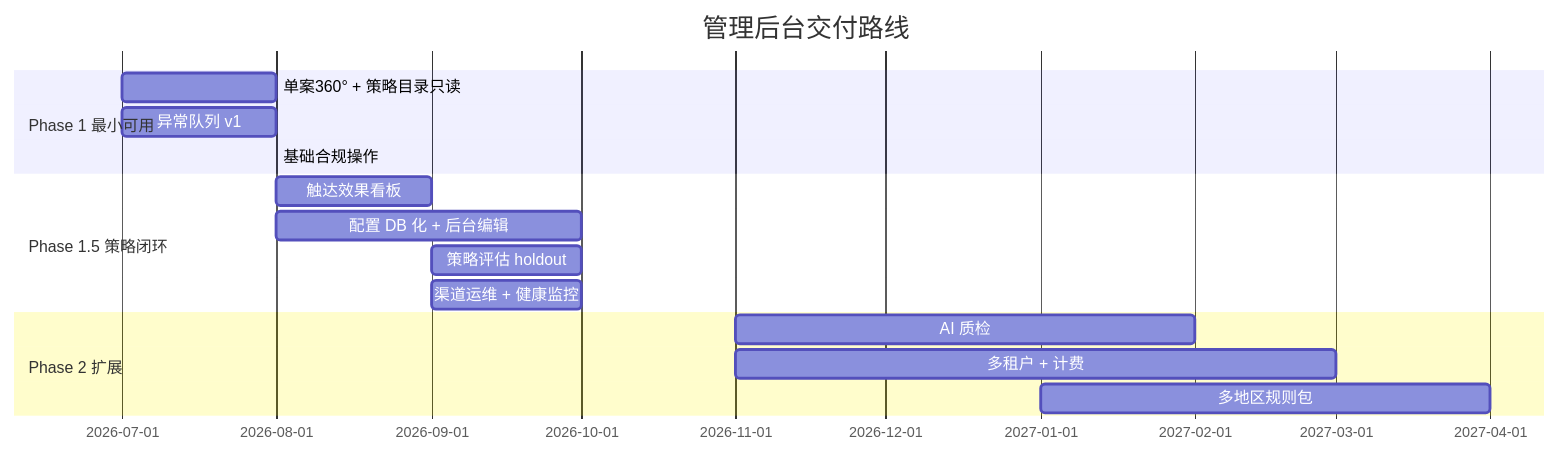
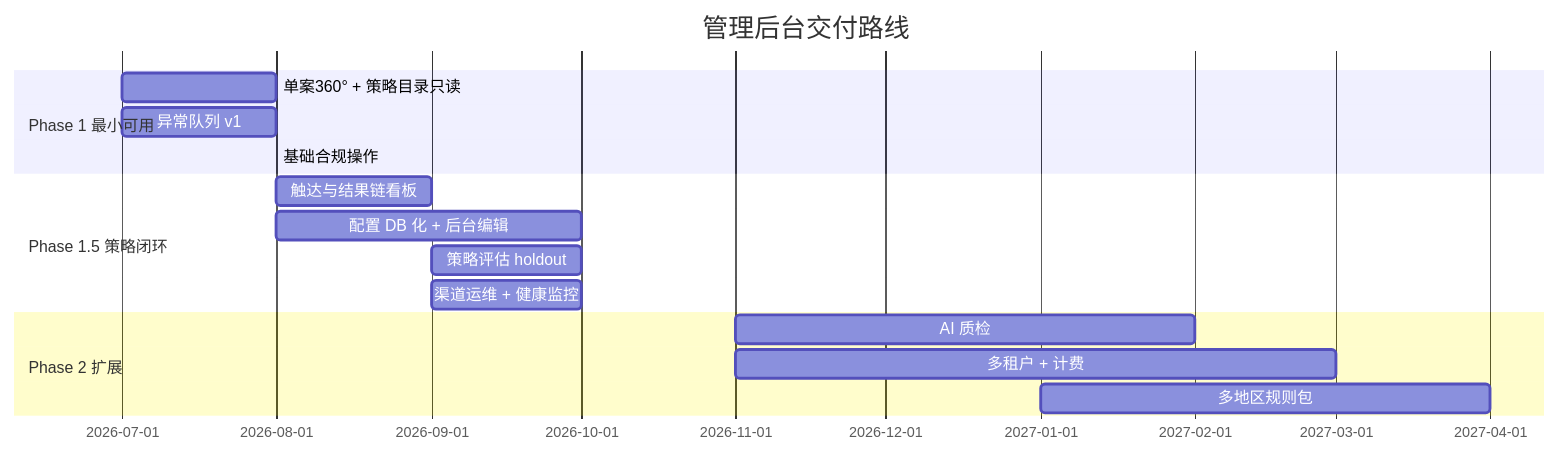
The third of 3 diagrams in docs/MOCASA催收系统升级_Phase1_管理后台设计文档.md (katherineliu2102/Intelligent-Collection-V1), drawn with Mermaid before and after one commit. The commit also changed other lines of this file and 22 other files, not shown here.

````diff
--- a/docs/MOCASA催收系统升级_Phase1_管理后台设计文档.md
+++ b/docs/MOCASA催收系统升级_Phase1_管理后台设计文档.md
@@ -864,18 +922,18 @@
 ```mermaid
 gantt
   title 管理后台交付路线
   dateFormat YYYY-MM
   section Phase 1 最小可用
   单案360° + 策略目录只读     :p1a, 2026-07, 2026-08
   异常队列 v1                :p1b, 2026-07, 2026-08
   基础合规操作               :p1c, 2026-08, 2026-08
   section Phase 1.5 策略闭环
-  触达效果看板               :p15a, 2026-08, 2026-09
+  触达与结果链看板            :p15a, 2026-08, 2026-09
   配置 DB 化 + 后台编辑      :p15b, 2026-08, 2026-10
   策略评估 holdout              :p15c, 2026-09, 2026-10
   渠道运维 + 健康监控        :p15d, 2026-09, 2026-10
   section Phase 2 扩展
   AI 质检                    :p2a, 2026-11, 2027-02
   多租户 + 计费              :p2b, 2026-11, 2027-03
   多地区规则包               :p2c, 2027-01, 2027-04
 ```
````
